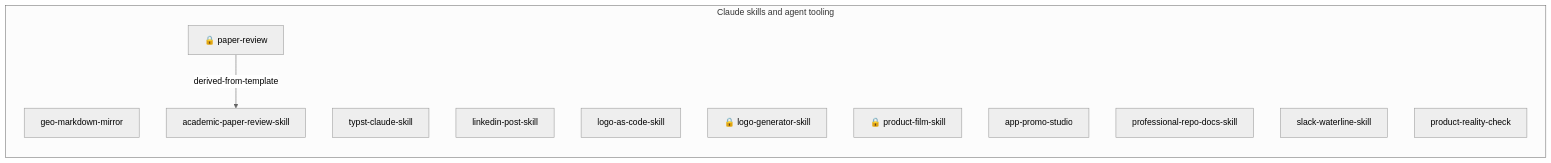
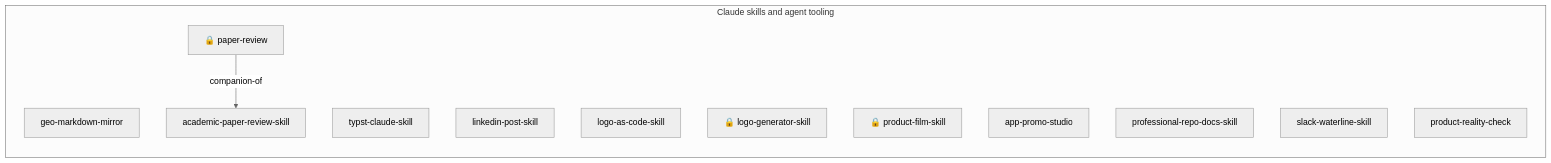
One commit to ChanMeng666/ChanMeng666 changed the eighth of 15 diagrams in docs/ecosystem/README.md. Above: the diagram before and after it, drawn with Mermaid (neutral theme). The commit also changed other lines of this file and 1 other file, not shown here.

````diff
--- a/docs/ecosystem/README.md
+++ b/docs/ecosystem/README.md
@@ -235,18 +236,18 @@
 ```mermaid
 flowchart LR
   subgraph claude_skills["Claude skills and agent tooling"]
     n2["geo-markdown-mirror"]
     n3["academic-paper-review-skill"]
     n4["🔒 paper-review"]
     n5["typst-claude-skill"]
     n6["linkedin-post-skill"]
     n7["logo-as-code-skill"]
     n8["🔒 logo-generator-skill"]
     n9["🔒 product-film-skill"]
     n10["app-promo-studio"]
     n11["professional-repo-docs-skill"]
     n12["slack-waterline-skill"]
     n13["product-reality-check"]
   end
-  n4 -->|derived-from-template| n3
+  n4 -->|companion-of| n3
 ```
````
